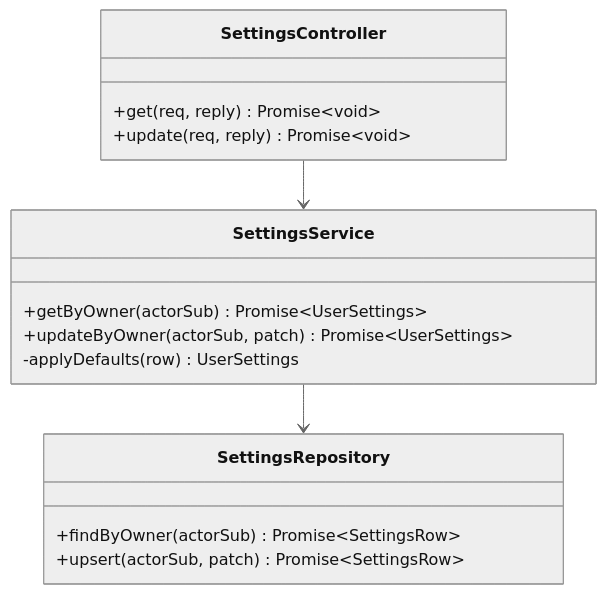
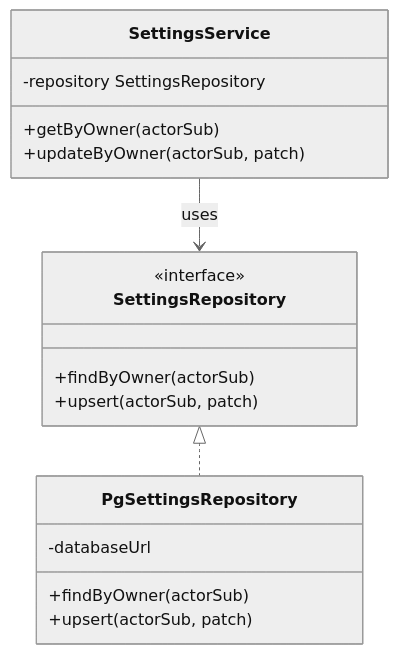
One commit to TommyKolb/GlossaDocs changed the second of 2 diagrams in docs/architecture/modules/input-preferences-module.md. Above: the diagram before and after it, drawn with Mermaid (neutral theme). The commit also changed other lines of this file and 10 other files, not shown here.

````diff
--- a/docs/architecture/modules/input-preferences-module.md
+++ b/docs/architecture/modules/input-preferences-module.md
@@ -59,18 +110,20 @@
 ```mermaid
 classDiagram
-  class SettingsController {
-    +get(req, reply) Promise~void~
-    +update(req, reply) Promise~void~
+  class SettingsRepository {
+    <<interface>>
+    +findByOwner(actorSub)
+    +upsert(actorSub, patch)
+  }
+  class PgSettingsRepository {
+    -databaseUrl
+    +findByOwner(actorSub)
+    +upsert(actorSub, patch)
   }
   class SettingsService {
-    +getByOwner(actorSub) Promise~UserSettings~
-    +updateByOwner(actorSub, patch) Promise~UserSettings~
-    -applyDefaults(row) UserSettings
+    -repository SettingsRepository
+    +getByOwner(actorSub)
+    +updateByOwner(actorSub, patch)
   }
-  class SettingsRepository {
-    +findByOwner(actorSub) Promise~SettingsRow~
-    +upsert(actorSub, patch) Promise~SettingsRow~
-  }
-  SettingsController --> SettingsService
-  SettingsService --> SettingsRepository
+  SettingsRepository <|.. PgSettingsRepository
+  SettingsService --> SettingsRepository : uses
 ```
````
